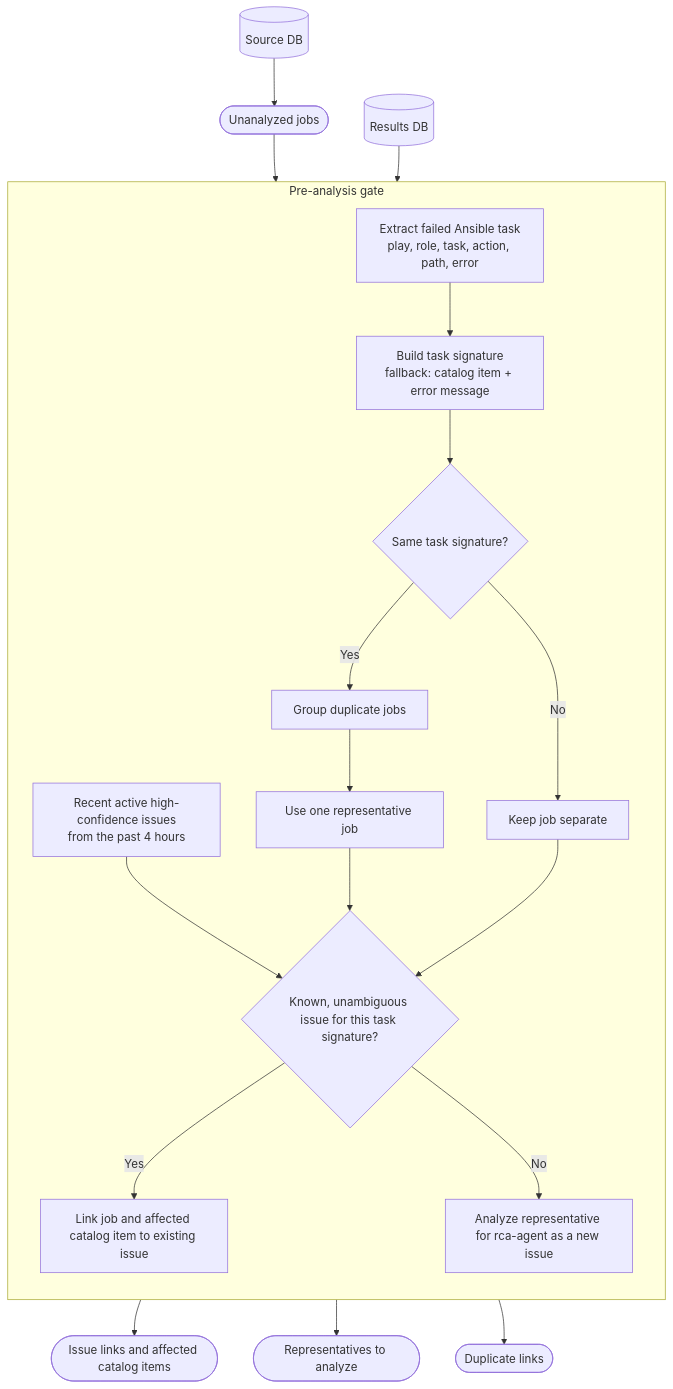
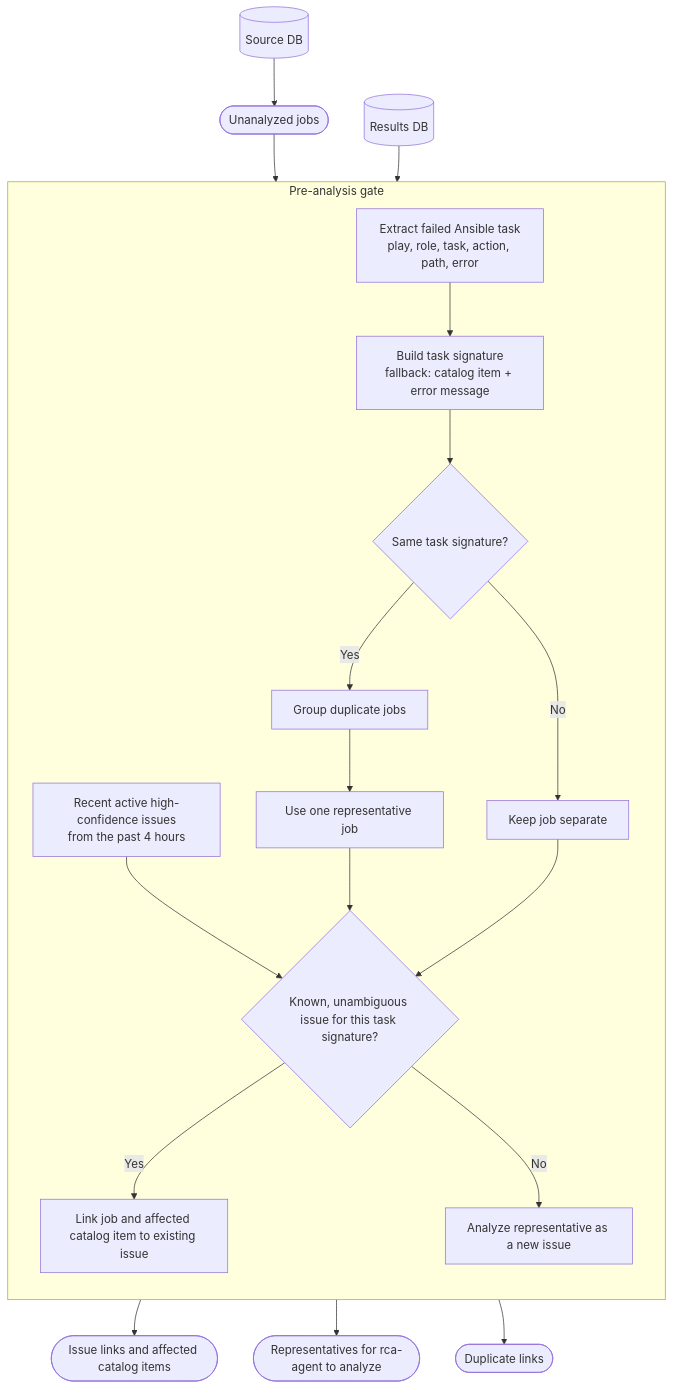
Before and after one commit to jerry-ng2/aap2-rca-agent: the diagram in docs/design/pre-analysis-flow.mmd, drawn with Mermaid.

Commit message:
changed wording

```diff
--- a/docs/design/pre-analysis-flow.mmd
+++ b/docs/design/pre-analysis-flow.mmd
@@ -1,36 +1,36 @@
 flowchart TD
     SourceDB[(Source DB)] --> Jobs
     Jobs([Unanalyzed jobs]) --> TaskContext
     ResultsDB[(Results DB)] --> Recent
 
     subgraph Gate["Pre-analysis gate"]
         direction TB
         Recent["Recent active high-confidence issues
 from the past 4 hours"]
         TaskContext["Extract failed Ansible task
 play, role, task, action, path, error"]
         Signature["Build task signature
 fallback: catalog item + error message"]
         Duplicate{"Same task signature?"}
         Group["Group duplicate jobs"]
         Keep["Keep job separate"]
         Representative["Use one representative job"]
         Known{"Known, unambiguous issue for this task signature?"}
         Link["Link job and affected catalog item to existing issue"]
-        New["Analyze representative for rca-agent as a new issue"]
+        New["Analyze representative as a new issue"]
     end
 
     TaskContext --> Signature
     Recent --> Known
     Signature --> Duplicate
     Duplicate -- Yes --> Group
     Duplicate -- No --> Keep
     Group --> Representative
     Representative --> Known
     Keep --> Known
     Known -- Yes --> Link
     Known -- No --> New
 
     Link --> IssueLinks([Issue links and affected catalog items])
-    New --> ToAnalysis([Representatives to analyze])
+    New --> ToAnalysis([Representatives for rca-agent to analyze])
     Group --> DuplicateLinks([Duplicate links])
```
